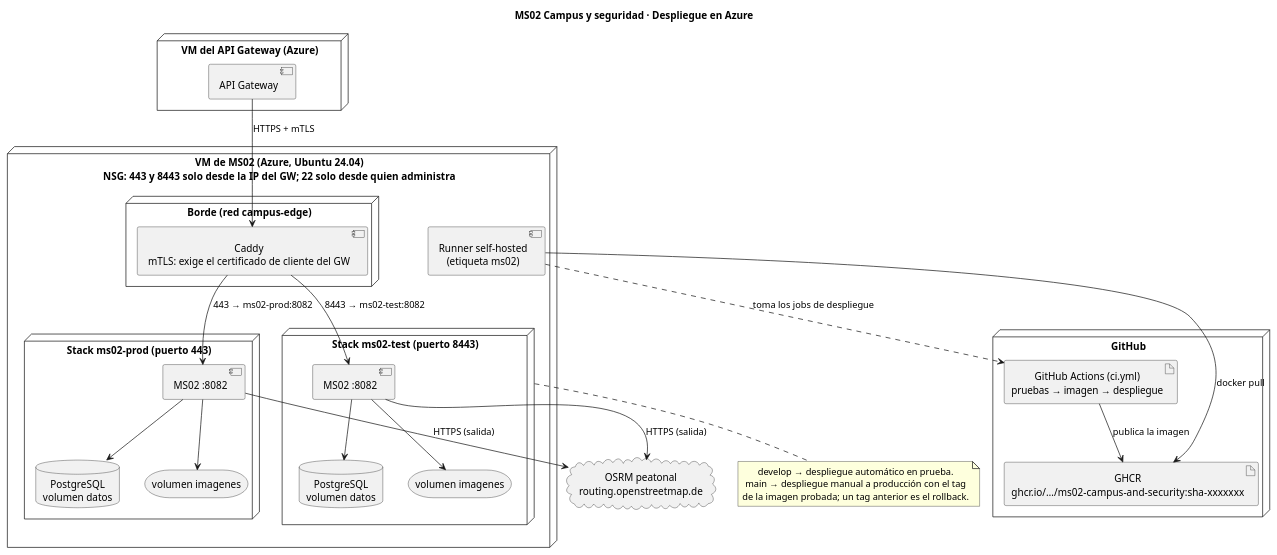
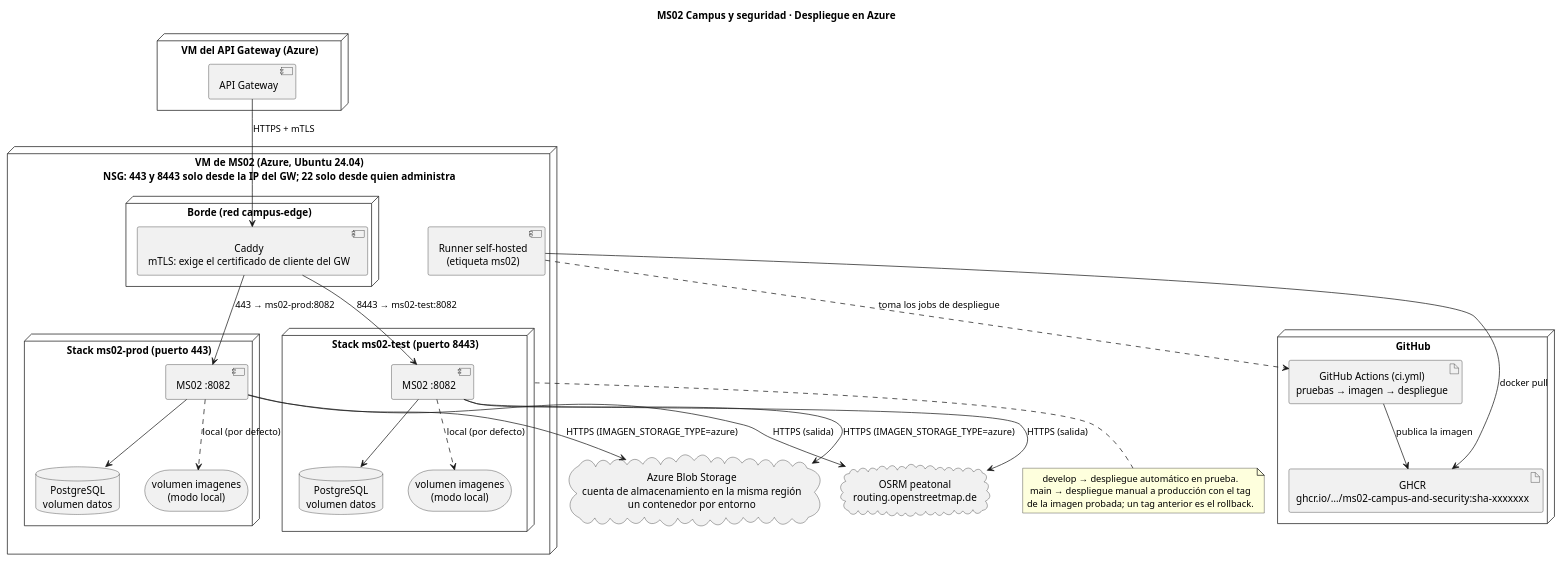
Before and after one commit to CampusSeguro-DOSW-2026-2/documentation: the diagram in ms02-campus-and-security/diagramas/ms02_despliegue_azure.puml, drawn with PlantUML. The commit also changed 6 other files, not shown here.

Commit message:
docs(ms02): document Azure Blob image storage and community views

```diff
--- a/ms02-campus-and-security/diagramas/ms02_despliegue_azure.puml
+++ b/ms02-campus-and-security/diagramas/ms02_despliegue_azure.puml
@@ -1,51 +1,54 @@
 @startuml ms02_despliegue_azure
 title MS02 Campus y seguridad · Despliegue en Azure
 skinparam defaultTextAlignment center
 
 node "GitHub" as gh {
   artifact "GitHub Actions (ci.yml)\npruebas → imagen → despliegue" as ci
   artifact "GHCR\nghcr.io/…/ms02-campus-and-security:sha-xxxxxxx" as ghcr
 }
 
 node "VM del API Gateway (Azure)" as vmgw {
   component "API Gateway" as gw
 }
 
 cloud "OSRM peatonal\nrouting.openstreetmap.de" as osrm
+cloud "Azure Blob Storage\ncuenta de almacenamiento en la misma región\nun contenedor por entorno" as blob
 
 node "VM de MS02 (Azure, Ubuntu 24.04)\nNSG: 443 y 8443 solo desde la IP del GW; 22 solo desde quien administra" as vm {
   node "Borde (red campus-edge)" as edge {
     component "Caddy\nmTLS: exige el certificado de cliente del GW" as caddy
   }
   node "Stack ms02-prod (puerto 443)" as prod {
     component "MS02 :8082" as ms02p
     database "PostgreSQL\nvolumen datos" as dbp
-    storage "volumen imagenes" as imgp
+    storage "volumen imagenes\n(modo local)" as imgp
   }
   node "Stack ms02-test (puerto 8443)" as test {
     component "MS02 :8082" as ms02t
     database "PostgreSQL\nvolumen datos" as dbt
-    storage "volumen imagenes" as imgt
+    storage "volumen imagenes\n(modo local)" as imgt
   }
   component "Runner self-hosted\n(etiqueta ms02)" as runner
 }
 
 ci --> ghcr : publica la imagen
 runner ..> ci : toma los jobs de despliegue
 runner --> ghcr : docker pull
 gw --> caddy : HTTPS + mTLS
 caddy --> ms02p : 443 → ms02-prod:8082
 caddy --> ms02t : 8443 → ms02-test:8082
 ms02p --> dbp
-ms02p --> imgp
 ms02t --> dbt
-ms02t --> imgt
+ms02p ..> imgp : local (por defecto)
+ms02t ..> imgt : local (por defecto)
+ms02p --> blob : HTTPS (IMAGEN_STORAGE_TYPE=azure)
+ms02t --> blob : HTTPS (IMAGEN_STORAGE_TYPE=azure)
 ms02p --> osrm : HTTPS (salida)
 ms02t --> osrm : HTTPS (salida)
 
 note bottom of test
   develop → despliegue automático en prueba.
   main → despliegue manual a producción con el tag
   de la imagen probada; un tag anterior es el rollback.
 end note
 @enduml
```
